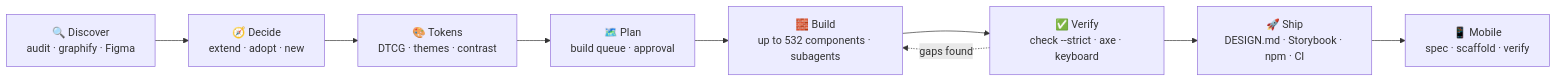
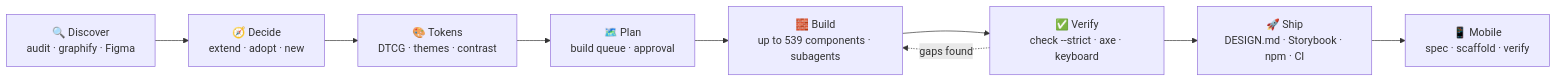
The first of 3 diagrams in README.md (AntonBronnfjell/tooling-agent-skill-markdown_html-design-system), drawn with Mermaid before and after one commit. The commit also changed other lines of this file and 21 other files, not shown here.

````diff
--- a/README.md
+++ b/README.md
@@ -82,11 +82,11 @@
 ```mermaid
 flowchart LR
     A["🔍 Discover<br/>audit · graphify · Figma"] --> B["🧭 Decide<br/>extend · adopt · new"]
     B --> C["🎨 Tokens<br/>DTCG · themes · contrast"]
     C --> D["🗺️ Plan<br/>build queue · approval"]
-    D --> E["🧱 Build<br/>up to 532 components · subagents"]
+    D --> E["🧱 Build<br/>up to 539 components · subagents"]
     E --> F["✅ Verify<br/>check --strict · axe · keyboard"]
     F --> G["🚀 Ship<br/>DESIGN.md · Storybook · npm · CI"]
     G --> H["📱 Mobile<br/>spec · scaffold · verify"]
     F -. "gaps found" .-> E
 ```
````
